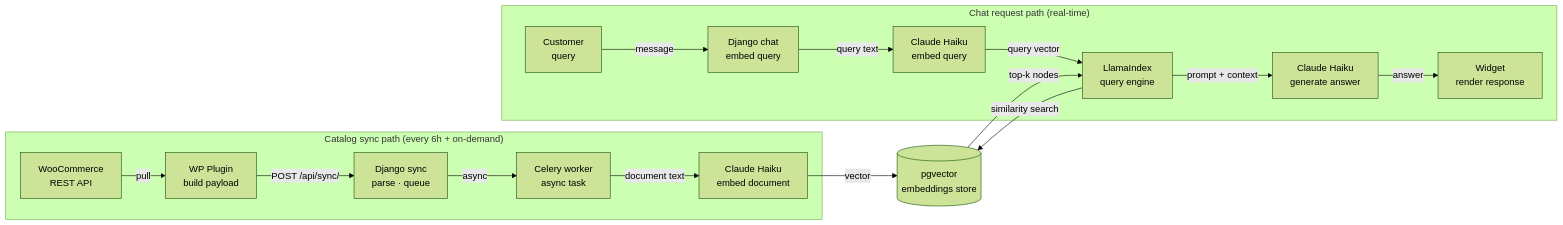
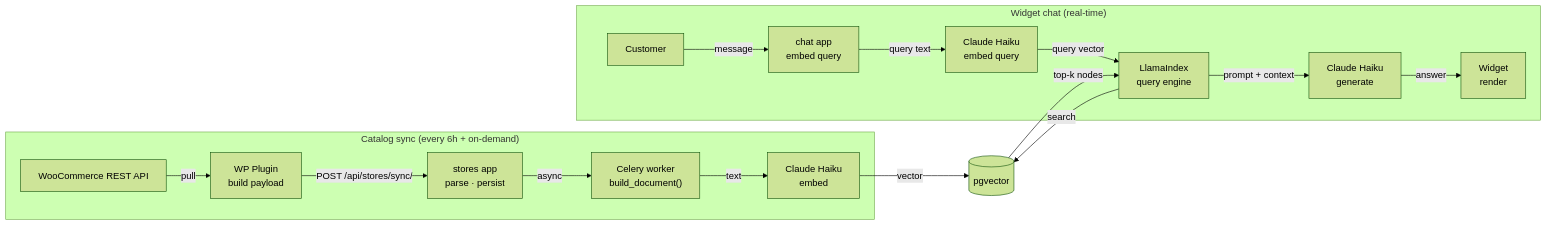
The fifth of 5 diagrams in .docs/PRD_v0.md (aji-pratama/woocs), drawn with Mermaid (forest theme) before and after one commit. The commit also changed other lines of this file, not shown here.

````diff
--- a/.docs/PRD_v0.md
+++ b/.docs/PRD_v0.md
@@ -1404,35 +1423,35 @@
 ```mermaid
 flowchart LR
-  subgraph Sync["Catalog sync path (every 6h + on-demand)"]
-    WC["WooCommerce\nREST API"]
+  subgraph SyncPath["Catalog sync (every 6h + on-demand)"]
+    WC["WooCommerce REST API"]
     Plugin["WP Plugin\nbuild payload"]
-    DSSync["Django sync\nparse · queue"]
-    Celery["Celery worker\nasync task"]
-    HaikuEmbed["Claude Haiku\nembed document"]
+    StoresApp["stores app\nparse · persist"]
+    Celery["Celery worker\nbuild_document()"]
+    HaikuEmbed["Claude Haiku\nembed"]
   end
 
-  subgraph Chat["Chat request path (real-time)"]
-    Customer["Customer\nquery"]
-    DChat["Django chat\nembed query"]
-    HaikuQuery["Claude Haiku\nembed query"]
+  subgraph ChatPath["Widget chat (real-time)"]
+    Customer["Customer"]
+    ChatApp["chat app\nembed query"]
+    HaikuQ["Claude Haiku\nembed query"]
     Llama["LlamaIndex\nquery engine"]
-    HaikuGen["Claude Haiku\ngenerate answer"]
-    Answer["Widget\nrender response"]
+    HaikuGen["Claude Haiku\ngenerate"]
+    WidgetOut["Widget\nrender"]
   end
 
-  PG[("pgvector\nembeddings store")]
+  PG[("pgvector")]
 
   WC -->|pull| Plugin
-  Plugin -->|POST /api/sync/| DSSync
-  DSSync -->|async| Celery
-  Celery -->|document text| HaikuEmbed
+  Plugin -->|POST /api/stores/sync/| StoresApp
+  StoresApp -->|async| Celery
+  Celery -->|text| HaikuEmbed
   HaikuEmbed -->|vector| PG
 
-  Customer -->|message| DChat
-  DChat -->|query text| HaikuQuery
-  HaikuQuery -->|query vector| Llama
-  Llama -->|similarity search| PG
+  Customer -->|message| ChatApp
+  ChatApp -->|query text| HaikuQ
+  HaikuQ -->|query vector| Llama
+  Llama -->|search| PG
   PG -->|top-k nodes| Llama
   Llama -->|prompt + context| HaikuGen
-  HaikuGen -->|answer| Answer
+  HaikuGen -->|answer| WidgetOut
 ```
````
